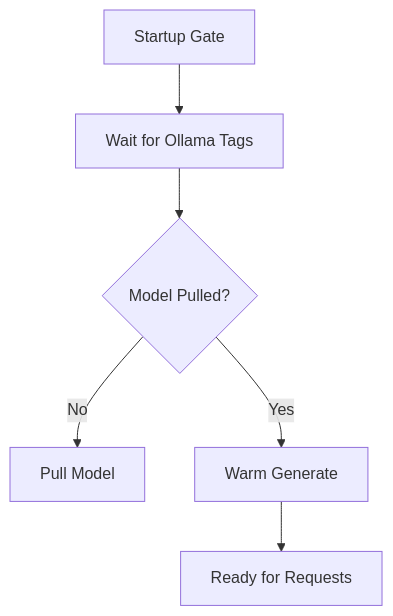
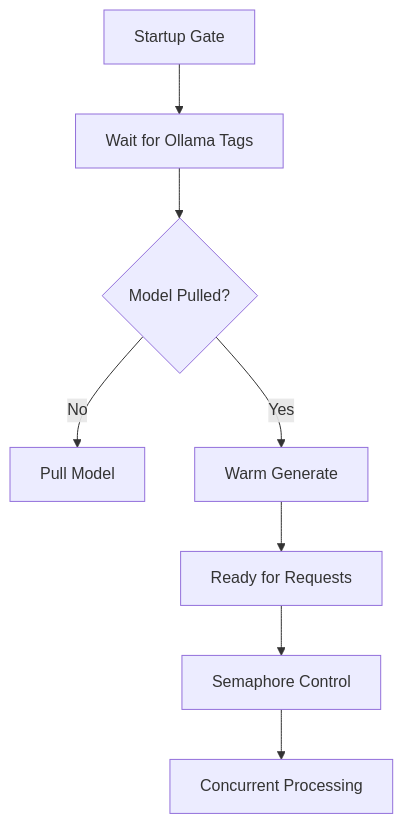
Before and after one commit to Revanththetalogics/aireume: the fourth of 5 diagrams in .qoder/repowiki/en/content/Advanced Topics/Scaling Considerations.md, drawn with Mermaid. The commit also changed other lines of this file and 6 other files, not shown here.

````diff
--- a/.qoder/repowiki/en/content/Advanced Topics/Scaling Considerations.md
+++ b/.qoder/repowiki/en/content/Advanced Topics/Scaling Considerations.md
@@ -235,8 +296,10 @@
 ```mermaid
 flowchart TD
 A["Startup Gate"] --> B["Wait for Ollama Tags"]
 B --> C{"Model Pulled?"}
 C --> |No| D["Pull Model"]
 C --> |Yes| E["Warm Generate"]
 E --> F["Ready for Requests"]
+F --> G["Semaphore Control"]
+G --> H["Concurrent Processing"]
 ```
````
